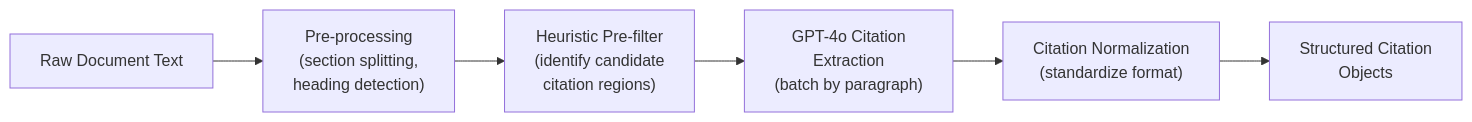
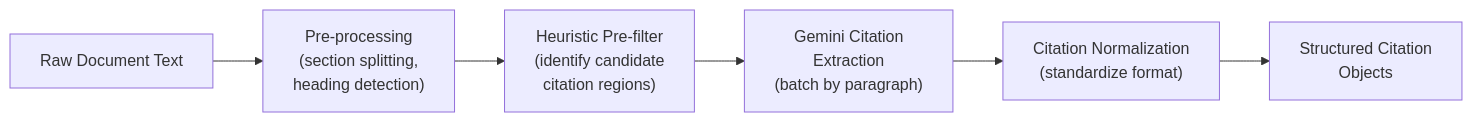
Before and after one commit to Faithmanex/citepilot: the first of 6 diagrams in 01-discovery-strategy/02-prd.md, drawn with Mermaid. The commit also changed other lines of this file and 32 other files, not shown here.

Commit message:
docs(truthfulness): align architecture, security, legal, and ops docs with live MVP stack

````diff
--- a/01-discovery-strategy/02-prd.md
+++ b/01-discovery-strategy/02-prd.md
@@ -251,8 +271,8 @@
 ```mermaid
 flowchart LR
     A["Raw Document Text"] --> B["Pre-processing\n(section splitting,\nheading detection)"]
     B --> C["Heuristic Pre-filter\n(identify candidate\ncitation regions)"]
-    C --> D["GPT-4o Citation\nExtraction\n(batch by paragraph)"]
+    C --> D["Gemini Citation\nExtraction\n(batch by paragraph)"]
     D --> E["Citation Normalization\n(standardize format)"]
     E --> F["Structured Citation\nObjects"]
 ```
````
